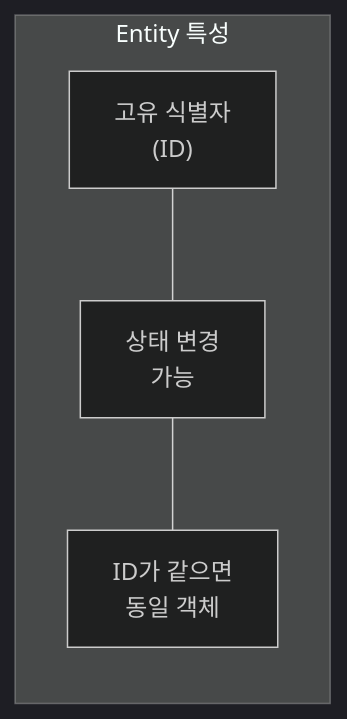
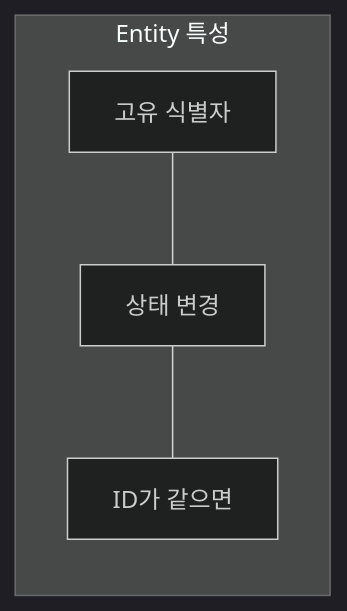
Before and after one commit to yjkim2015/yjkim2015.github.io: the fourth of 7 diagrams in _posts/architecture/2026-05-01-ddd.md, drawn with Mermaid (dark theme). The commit also changed other lines of this file and 217 other files, not shown here.

First line of the commit message:
Mermaid 크기 수정: useMaxWidth:true + SVG max-width:100% + 라벨 축소

````diff
--- a/_posts/architecture/2026-05-01-ddd.md
+++ b/_posts/architecture/2026-05-01-ddd.md
@@ -132,10 +132,10 @@
 ```mermaid
 graph LR
     subgraph "Entity 특성"
-        ID["고유 식별자\n(ID)"]
-        STATE["상태 변경\n가능"]
-        EQUAL["ID가 같으면\n동일 객체"]
+        ID["고유 식별자"]
+        STATE["상태 변경"]
+        EQUAL["ID가 같으면"]
     end
     ID --- STATE
     STATE --- EQUAL
 ```
````
